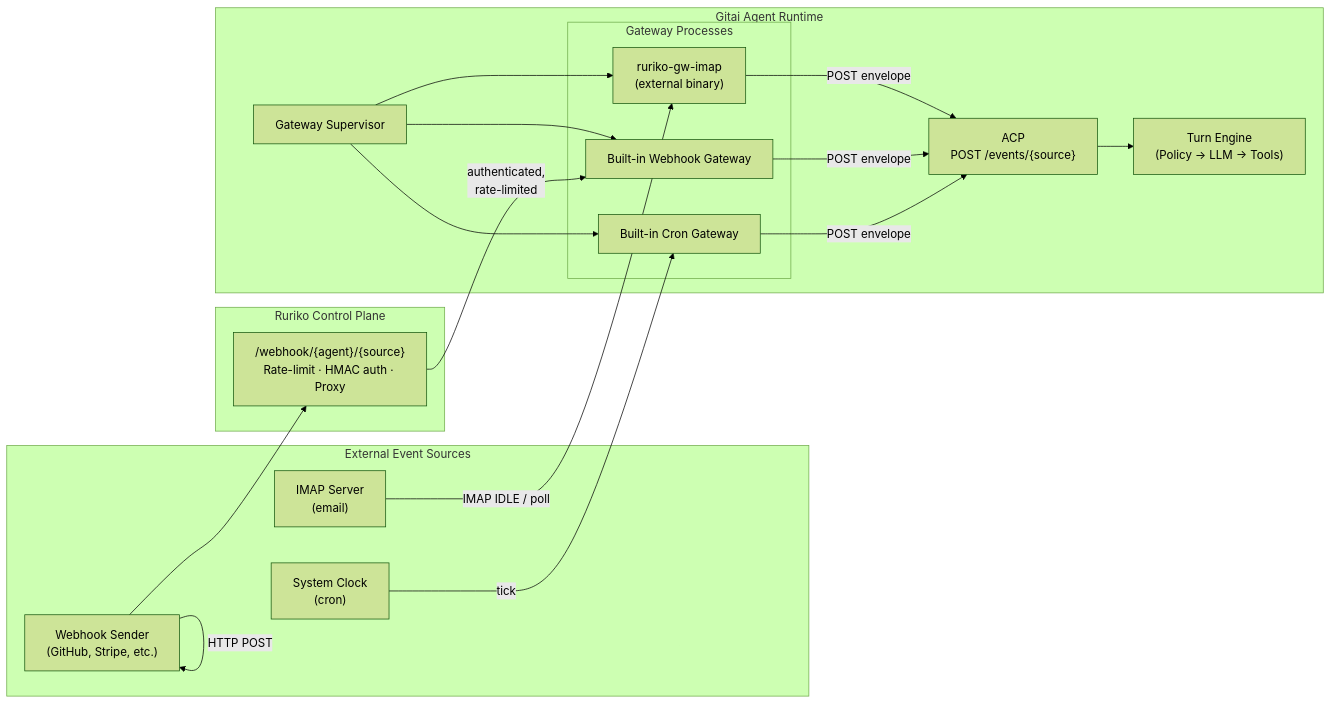
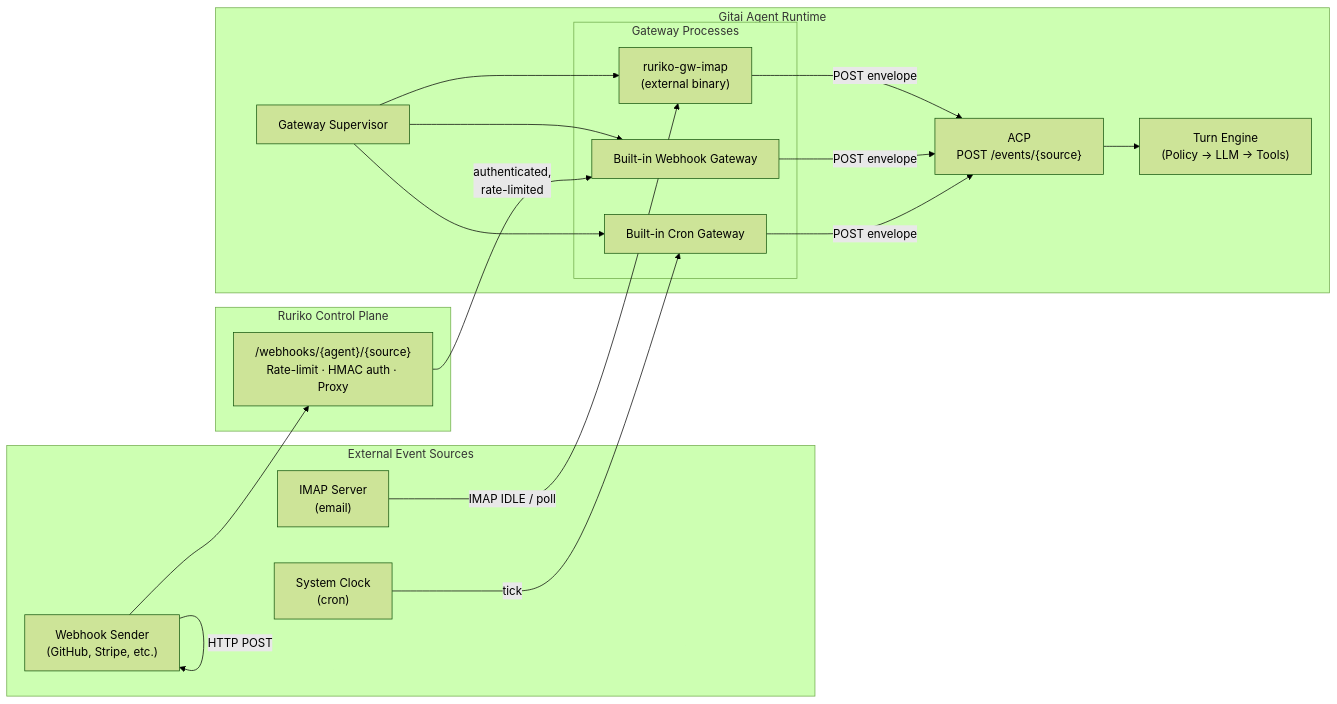
One commit to bdobrica/Ruriko changed the fifth of 5 diagrams in docs/architecture.md. Above: the diagram before and after it, drawn with Mermaid (forest theme). The commit also changed other lines of this file and 4 other files, not shown here.

````diff
--- a/docs/architecture.md
+++ b/docs/architecture.md
@@ -331,41 +331,41 @@
 ```mermaid
 flowchart LR
   subgraph External["External Event Sources"]
     IMAP["IMAP Server\n(email)"]
     WebSrc["Webhook Sender\n(GitHub, Stripe, etc.)"]
     Clock["System Clock\n(cron)"]
   end
 
   subgraph RurikoProxy["Ruriko Control Plane"]
-    WHProxy["/webhook/{agent}/{source}\nRate-limit · HMAC auth · Proxy"]
+        WHProxy["/webhooks/{agent}/{source}\nRate-limit · HMAC auth · Proxy"]
   end
 
   subgraph GitaiAgent["Gitai Agent Runtime"]
     GWS["Gateway Supervisor"]
 
     subgraph GWProcs["Gateway Processes"]
       CronGW["Built-in Cron Gateway"]
       WHBuiltin["Built-in Webhook Gateway"]
       IMAPGW["ruriko-gw-imap\n(external binary)"]
     end
 
     ACP["ACP\nPOST /events/{source}"]
     TE["Turn Engine\n(Policy → LLM → Tools)"]
   end
 
   Clock -->|"tick"| CronGW
   WebSrc -->|"HTTP POST"| WebSrc
   WebSrc --> WHProxy
   WHProxy -->|"authenticated,\nrate-limited"| WHBuiltin
   IMAP -->|"IMAP IDLE / poll"| IMAPGW
 
   GWS --> CronGW
   GWS --> WHBuiltin
   GWS --> IMAPGW
 
   CronGW -->|"POST envelope"| ACP
   WHBuiltin -->|"POST envelope"| ACP
   IMAPGW -->|"POST envelope"| ACP
 
   ACP --> TE
 ```
````
